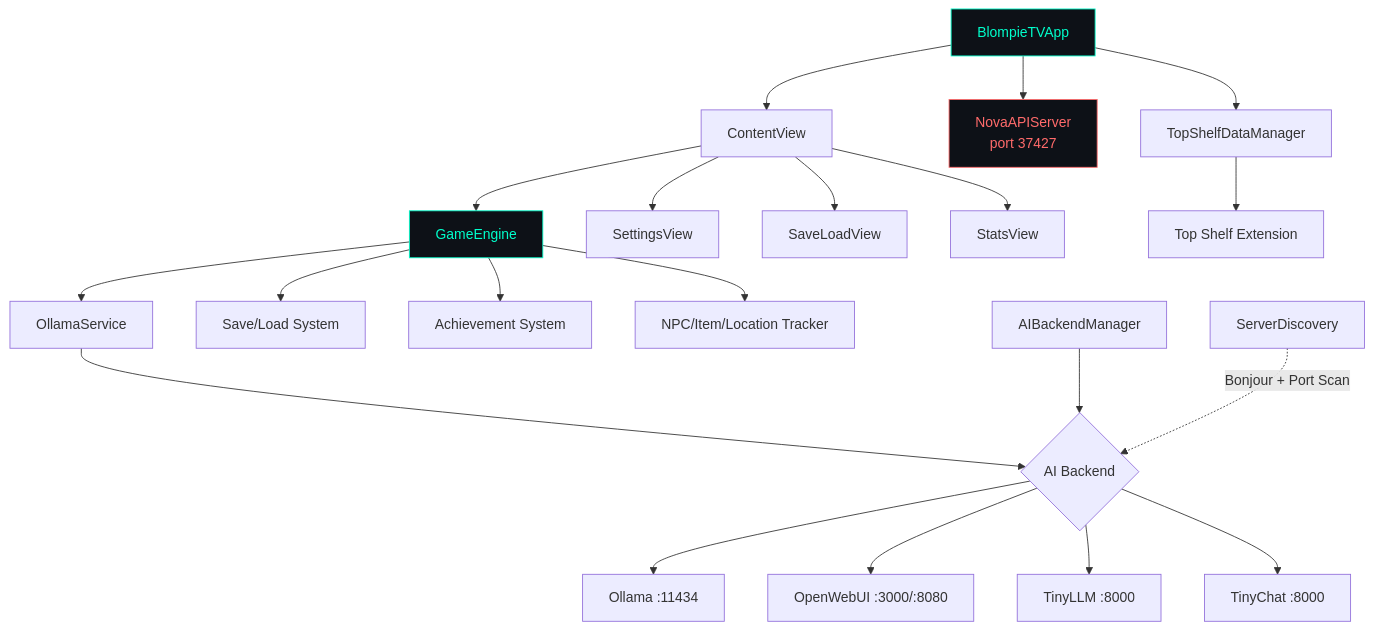
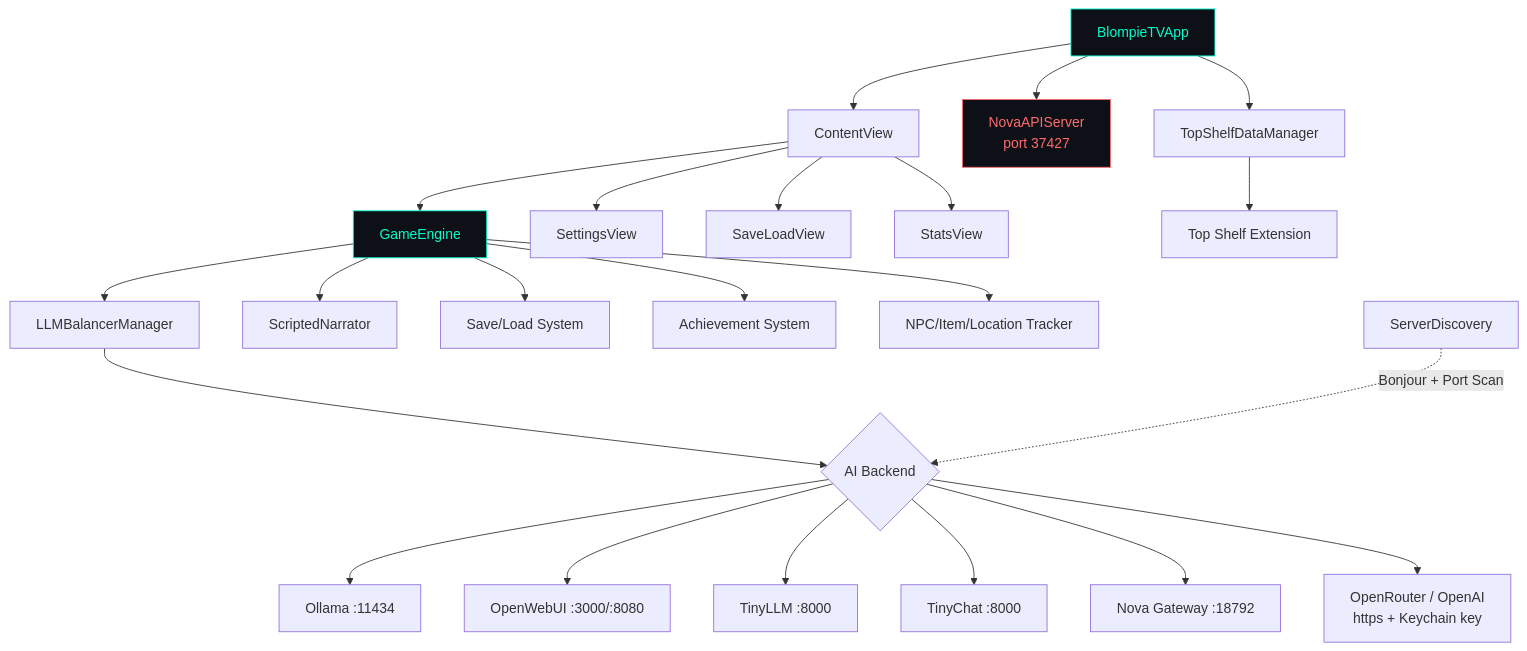
One commit to kochj23/BlompieTV changed the first of 3 diagrams in README.md. Above: the diagram before and after it, drawn with Mermaid. The commit also changed other lines of this file and 25 other files, not shown here.

````diff
--- a/README.md
+++ b/README.md
@@ -17,26 +17,28 @@
 ```mermaid
 graph TD
     A[BlompieTVApp] --> B[ContentView]
     A --> N[NovaAPIServer<br/>port 37427]
     B --> C[GameEngine]
     B --> D[SettingsView]
     B --> E[SaveLoadView]
     B --> F[StatsView]
-    C --> G[OllamaService]
+    C --> G[LLMBalancerManager]
+    C --> X[ScriptedNarrator]
     C --> H[Save/Load System]
     C --> I[Achievement System]
     C --> J[NPC/Item/Location Tracker]
     G --> K{AI Backend}
     K --> L[Ollama :11434]
     K --> M[OpenWebUI :3000/:8080]
     K --> O[TinyLLM :8000]
     K --> P[TinyChat :8000]
+    K --> NG[Nova Gateway :18792]
+    K --> OR[OpenRouter / OpenAI<br/>https + Keychain key]
     A --> Q[TopShelfDataManager]
     Q --> R[Top Shelf Extension]
-    S[AIBackendManager] --> K
     T[ServerDiscovery] -.->|Bonjour + Port Scan| K
 
     style A fill:#0d1117,stroke:#00ffcc,color:#00ffcc
     style C fill:#0d1117,stroke:#00ffcc,color:#00ffcc
     style N fill:#0d1117,stroke:#ff6b6b,color:#ff6b6b
 ```
````
